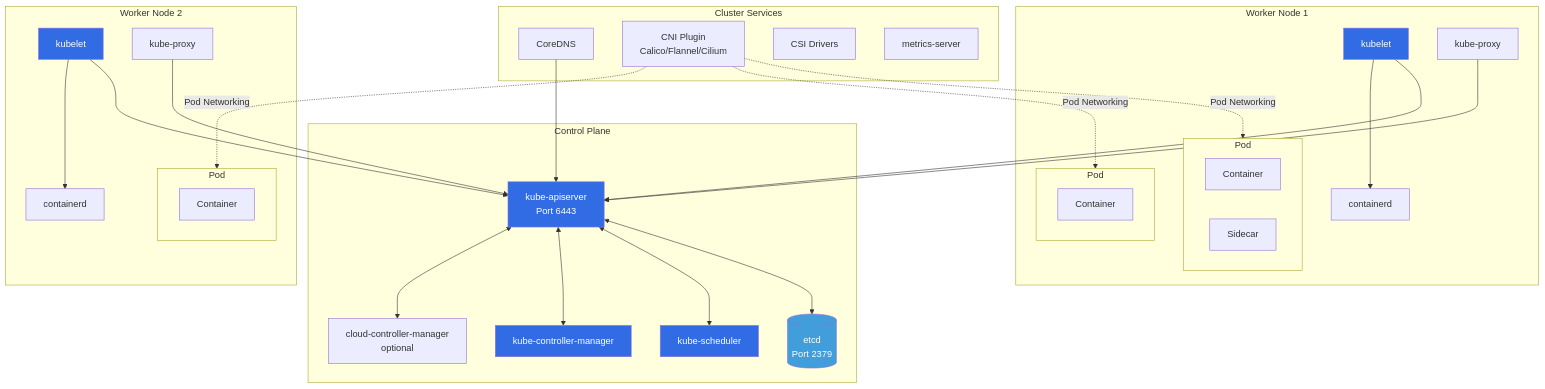
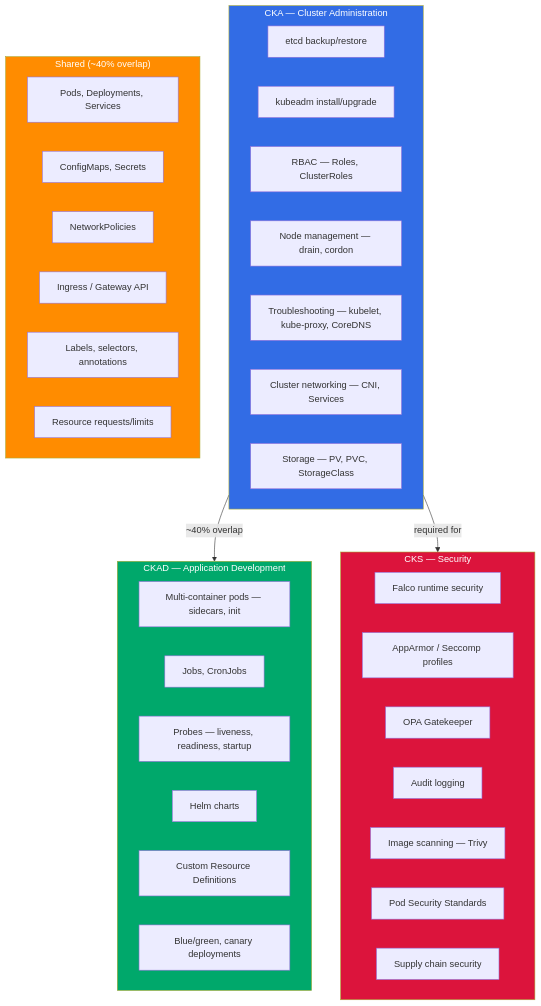
The first of 3 diagrams in README.md (techwithmohamed/CKA-Certified-Kubernetes-Administrator), drawn with Mermaid before and after one commit. The commit also changed other lines of this file and 35 other files, not shown here.

````diff
--- a/README.md
+++ b/README.md
@@ -360,61 +181,47 @@
 ```mermaid
 graph TB
-    subgraph Control Plane
-        API[kube-apiserver<br/>Port 6443]
-        ETCD[(etcd<br/>Port 2379)]
-        SCHED[kube-scheduler]
-        CM[kube-controller-manager]
-        CCM[cloud-controller-manager<br/>optional]
+    subgraph CKA["CKA — Cluster Administration"]
+        style CKA fill:#326CE5,color:#fff
+        A1[etcd backup/restore]
+        A2[kubeadm install/upgrade]
+        A3[RBAC — Roles, ClusterRoles]
+        A4[Node management — drain, cordon]
+        A5[Troubleshooting — kubelet, kube-proxy, CoreDNS]
+        A6[Cluster networking — CNI, Services]
+        A7[Storage — PV, PVC, StorageClass]
     end
-
-    subgraph Worker Node 1
-        KL1[kubelet]
-        KP1[kube-proxy]
-        CR1[containerd]
-        subgraph Pod1[Pod]
-            C1[Container]
-            C2[Sidecar]
-        end
-        subgraph Pod2[Pod]
-            C3[Container]
-        end
+    
+    subgraph CKAD["CKAD — Application Development"]
+        style CKAD fill:#00A86B,color:#fff
+        B1[Multi-container pods — sidecars, init]
+        B2[Jobs, CronJobs]
+        B3[Probes — liveness, readiness, startup]
+        B4[Helm charts]
+        B5[Custom Resource Definitions]
+        B6[Blue/green, canary deployments]
     end
-
-    subgraph Worker Node 2
-        KL2[kubelet]
-        KP2[kube-proxy]
-        CR2[containerd]
-        subgraph Pod3[Pod]
-            C4[Container]
-        end
+    
+    subgraph SHARED["Shared (~40% overlap)"]
+        style SHARED fill:#FF8C00,color:#fff
+        S1[Pods, Deployments, Services]
+        S2[ConfigMaps, Secrets]
+        S3[NetworkPolicies]
+        S4[Ingress / Gateway API]
+        S5[Labels, selectors, annotations]
+        S6[Resource requests/limits]
     end
-
-    subgraph Cluster Services
-        DNS[CoreDNS]
-        CNI[CNI Plugin<br/>Calico/Flannel/Cilium]
-        CSI[CSI Drivers]
-        METRICS[metrics-server]
+    
+    subgraph CKS["CKS — Security"]
+        style CKS fill:#DC143C,color:#fff
+        C1[Falco runtime security]
+        C2[AppArmor / Seccomp profiles]
+        C3[OPA Gatekeeper]
+        C4[Audit logging]
+        C5[Image scanning — Trivy]
+        C6[Pod Security Standards]
+        C7[Supply chain security]
     end
-
-    API <--> ETCD
-    API <--> SCHED
-    API <--> CM
-    API <--> CCM
-    KL1 --> API
-    KL2 --> API
-    KP1 --> API
-    KP2 --> API
-    KL1 --> CR1
-    KL2 --> CR2
-    DNS --> API
-    CNI -.->|Pod Networking| Pod1
-    CNI -.->|Pod Networking| Pod2
-    CNI -.->|Pod Networking| Pod3
-
-    style API fill:#326CE5,color:#fff
-    style ETCD fill:#419EDA,color:#fff
-    style SCHED fill:#326CE5,color:#fff
-    style CM fill:#326CE5,color:#fff
-    style KL1 fill:#326CE5,color:#fff
-    style KL2 fill:#326CE5,color:#fff
+    
+    CKA -->|"~40% overlap"| CKAD
+    CKA -->|"required for"| CKS
 ```
````
